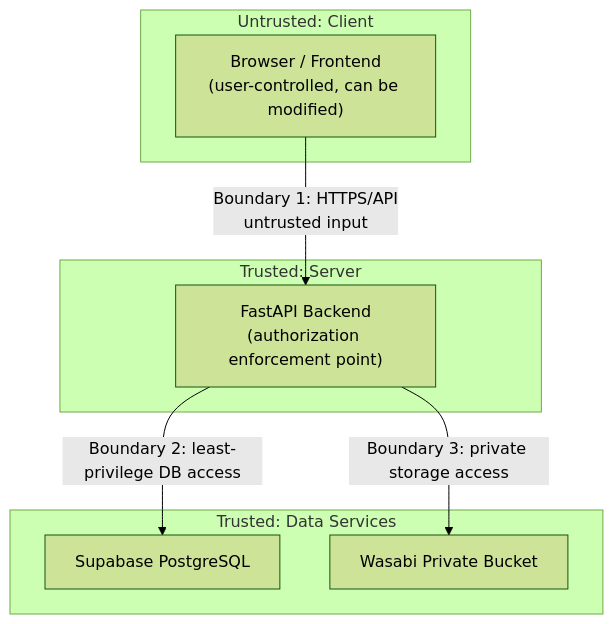
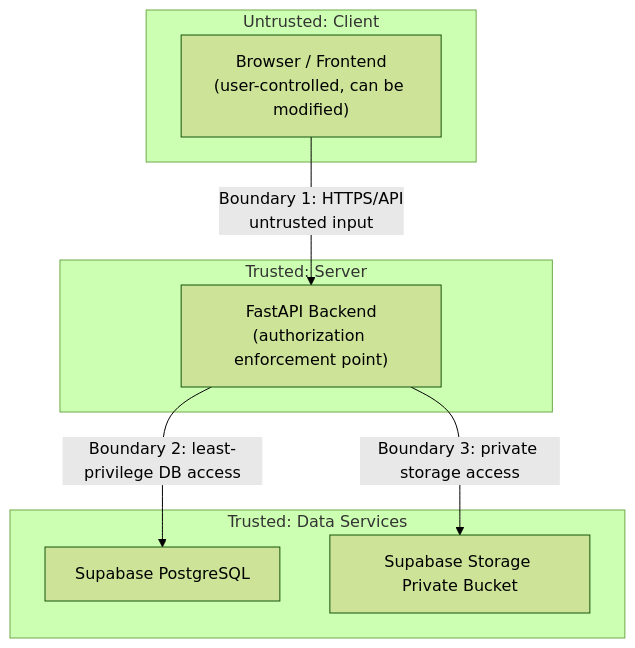
Before and after one commit to saisankeerth27/TrustVault: the diagram in THREATS.md, drawn with Mermaid (forest theme). The commit also changed other lines of this file and 56 other files, not shown here.

````diff
--- a/THREATS.md
+++ b/THREATS.md
@@ -25,16 +25,16 @@
 ```mermaid
 graph TB
     subgraph "Untrusted: Client"
         U["Browser / Frontend<br/>(user-controlled, can be modified)"]
     end
     subgraph "Trusted: Server"
         API["FastAPI Backend<br/>(authorization enforcement point)"]
     end
     subgraph "Trusted: Data Services"
         DB["Supabase PostgreSQL"]
-        S3["Wasabi Private Bucket"]
+        S3["Supabase Storage Private Bucket"]
     end
     U -->|"Boundary 1: HTTPS/API<br/>untrusted input"| API
     API -->|"Boundary 2: least-privilege DB access"| DB
     API -->|"Boundary 3: private storage access"| S3
 ```
````
